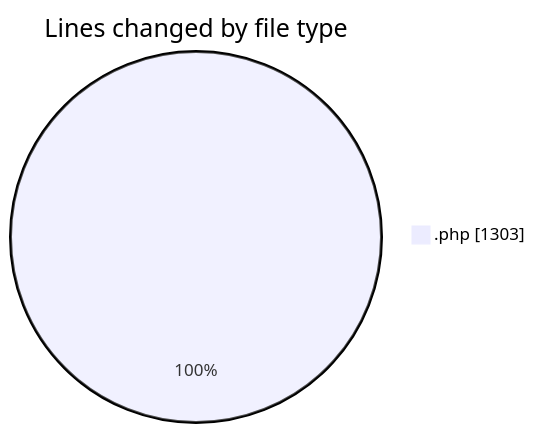
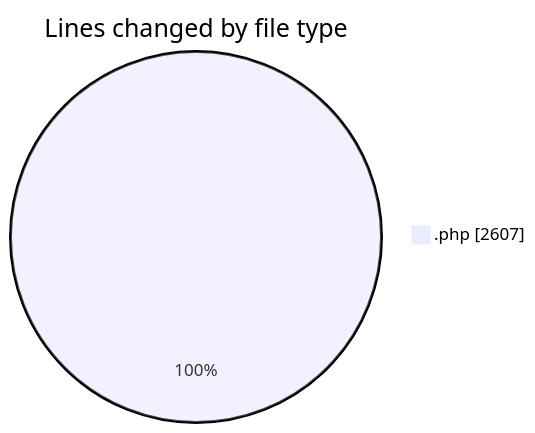
Before and after one commit to debugP/code-tracking: the first of 2 diagrams in 2026-07-21/wp-content/README.md, drawn with Mermaid. The commit also changed other lines of this file and 1 other file, not shown here.

````diff
--- a/2026-07-21/wp-content/README.md
+++ b/2026-07-21/wp-content/README.md
@@ -20,5 +20,5 @@
 ```mermaid
 pie showData
 title Lines changed by file type
-".php" : 1303
+".php" : 2607
 ```
````
